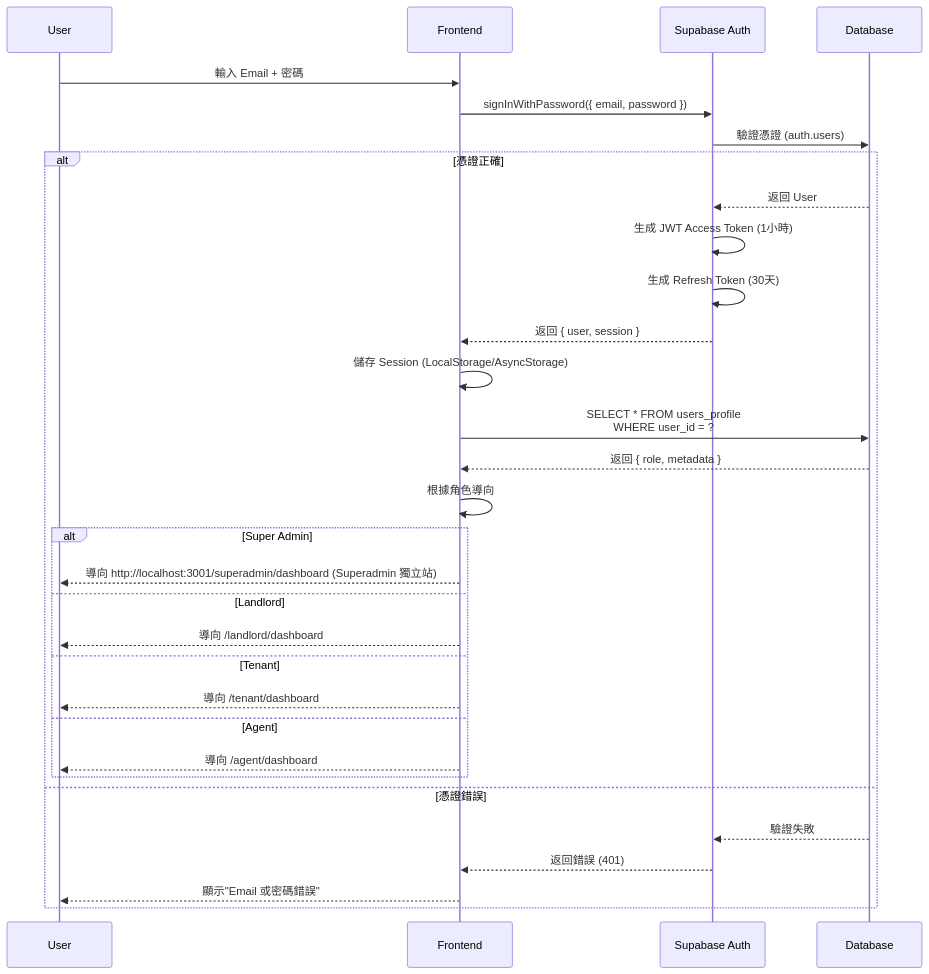
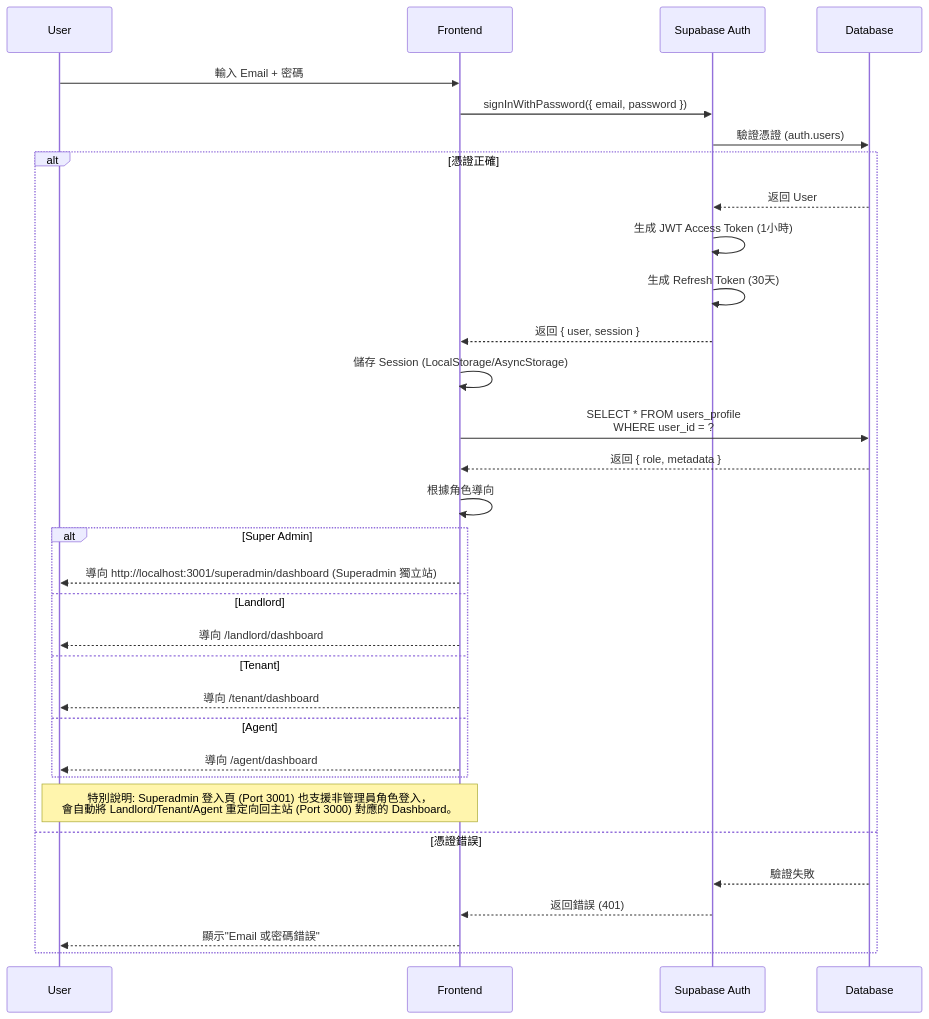
Before and after one commit to jason660519/Owner-Property-Management-AI-SPA: the second of 4 diagrams in docs/technical-selection/auth-system-architecture.md, drawn with Mermaid. The commit also changed 129 other files, not shown here.

Commit message:
feat: Major update to superadmin dashboard, OCR service, and documentation

````diff
--- a/docs/technical-selection/auth-system-architecture.md
+++ b/docs/technical-selection/auth-system-architecture.md
@@ -78,36 +78,38 @@
 ```mermaid
 sequenceDiagram
     participant User
     participant Frontend
     participant Supabase Auth
     participant Database
 
     User->>Frontend: 輸入 Email + 密碼
     Frontend->>Supabase Auth: signInWithPassword({ email, password })
     Supabase Auth->>Database: 驗證憑證 (auth.users)
     
     alt 憑證正確
         Database-->>Supabase Auth: 返回 User
         Supabase Auth->>Supabase Auth: 生成 JWT Access Token (1小時)
         Supabase Auth->>Supabase Auth: 生成 Refresh Token (30天)
         Supabase Auth-->>Frontend: 返回 { user, session }
         Frontend->>Frontend: 儲存 Session (LocalStorage/AsyncStorage)
         Frontend->>Database: SELECT * FROM users_profile<br/>WHERE user_id = ?
         Database-->>Frontend: 返回 { role, metadata }
         Frontend->>Frontend: 根據角色導向
         
         alt Super Admin
             Frontend-->>User: 導向 http://localhost:3001/superadmin/dashboard (Superadmin 獨立站)
         else Landlord
             Frontend-->>User: 導向 /landlord/dashboard
         else Tenant
             Frontend-->>User: 導向 /tenant/dashboard
         else Agent
             Frontend-->>User: 導向 /agent/dashboard
         end
+        
+        Note over Frontend, User: 特別說明: Superadmin 登入頁 (Port 3001) 也支援非管理員角色登入，<br/>會自動將 Landlord/Tenant/Agent 重定向回主站 (Port 3000) 對應的 Dashboard。
     else 憑證錯誤
         Database-->>Supabase Auth: 驗證失敗
         Supabase Auth-->>Frontend: 返回錯誤 (401)
         Frontend-->>User: 顯示"Email 或密碼錯誤"
     end
 ```
````
